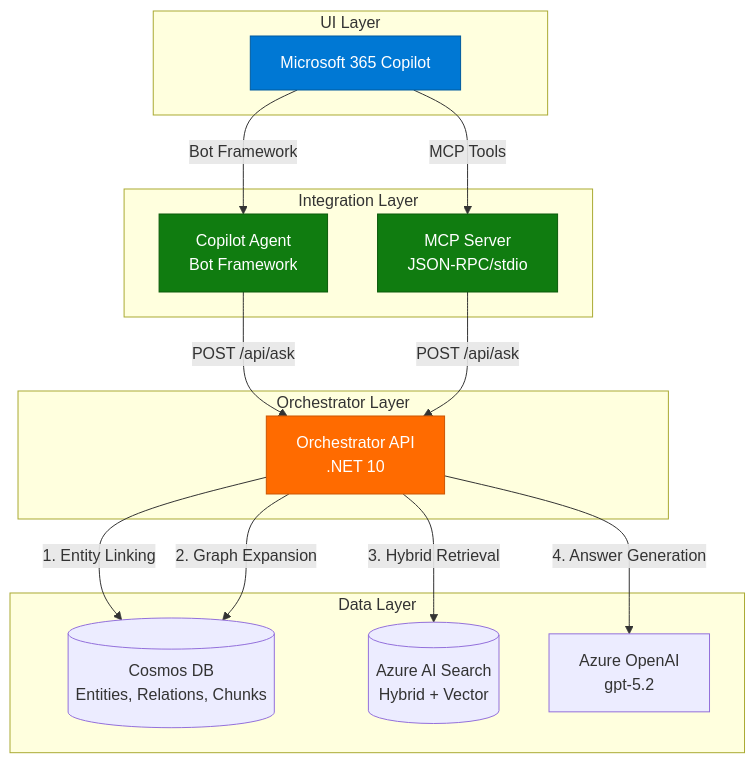
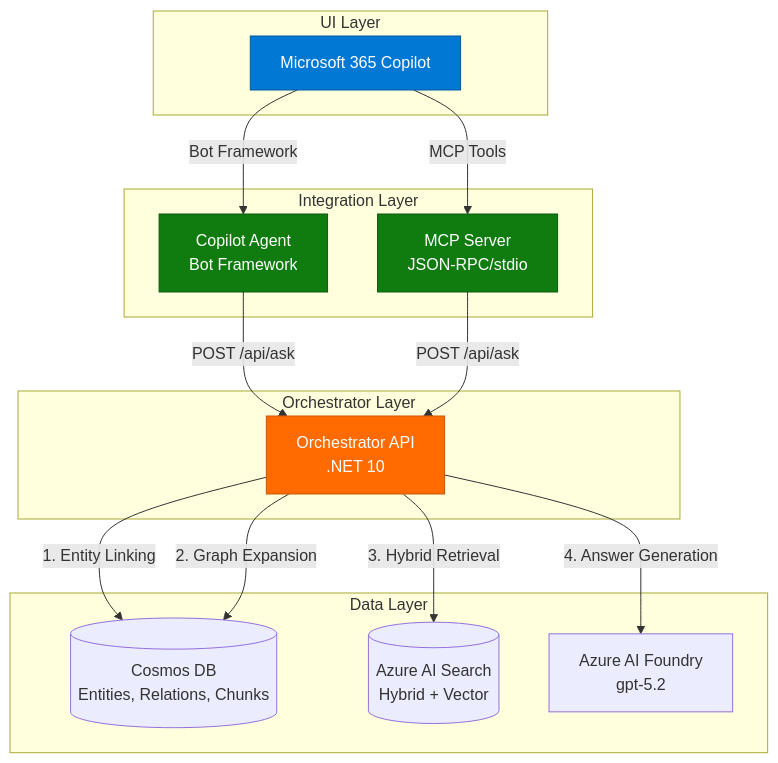
One commit to sujithq/microsoft-copilot-demo changed the first of 2 diagrams in README.md. Above: the diagram before and after it, drawn with Mermaid. The commit also changed other lines of this file and 11 other files, not shown here.

Commit message:
Update to Azure AI Foundry (AI Services) with latest package versions

````diff
--- a/README.md
+++ b/README.md
@@ -9,36 +9,36 @@
 ```mermaid
 graph TB
     subgraph "UI Layer"
         M365[Microsoft 365 Copilot]
     end
     
     subgraph "Integration Layer"
         Agent[Copilot Agent<br/>Bot Framework]
         MCP[MCP Server<br/>JSON-RPC/stdio]
     end
     
     subgraph "Orchestrator Layer"
         Orch[Orchestrator API<br/>.NET 10]
     end
     
     subgraph "Data Layer"
         Cosmos[(Cosmos DB<br/>Entities, Relations, Chunks)]
         Search[(Azure AI Search<br/>Hybrid + Vector)]
-        OpenAI[Azure OpenAI<br/>gpt-5.2]
+        OpenAI[Azure AI Foundry<br/>gpt-5.2]
     end
     
     M365 -->|Bot Framework| Agent
     M365 -->|MCP Tools| MCP
     Agent -->|POST /api/ask| Orch
     MCP -->|POST /api/ask| Orch
     
     Orch -->|1. Entity Linking| Cosmos
     Orch -->|2. Graph Expansion| Cosmos
     Orch -->|3. Hybrid Retrieval| Search
     Orch -->|4. Answer Generation| OpenAI
     
     style M365 fill:#0078d4,stroke:#005a9e,color:#fff
     style Agent fill:#107c10,stroke:#0b5a0b,color:#fff
     style MCP fill:#107c10,stroke:#0b5a0b,color:#fff
     style Orch fill:#ff6b00,stroke:#cc5500,color:#fff
 ```
````
